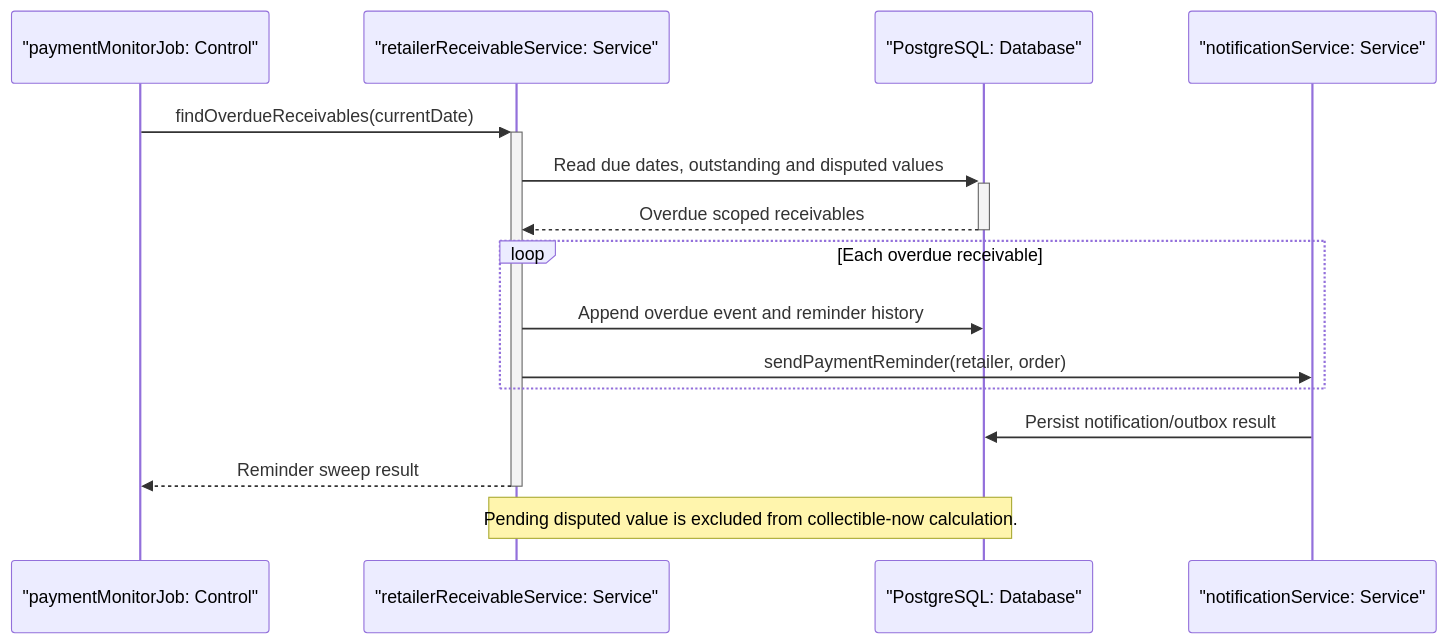
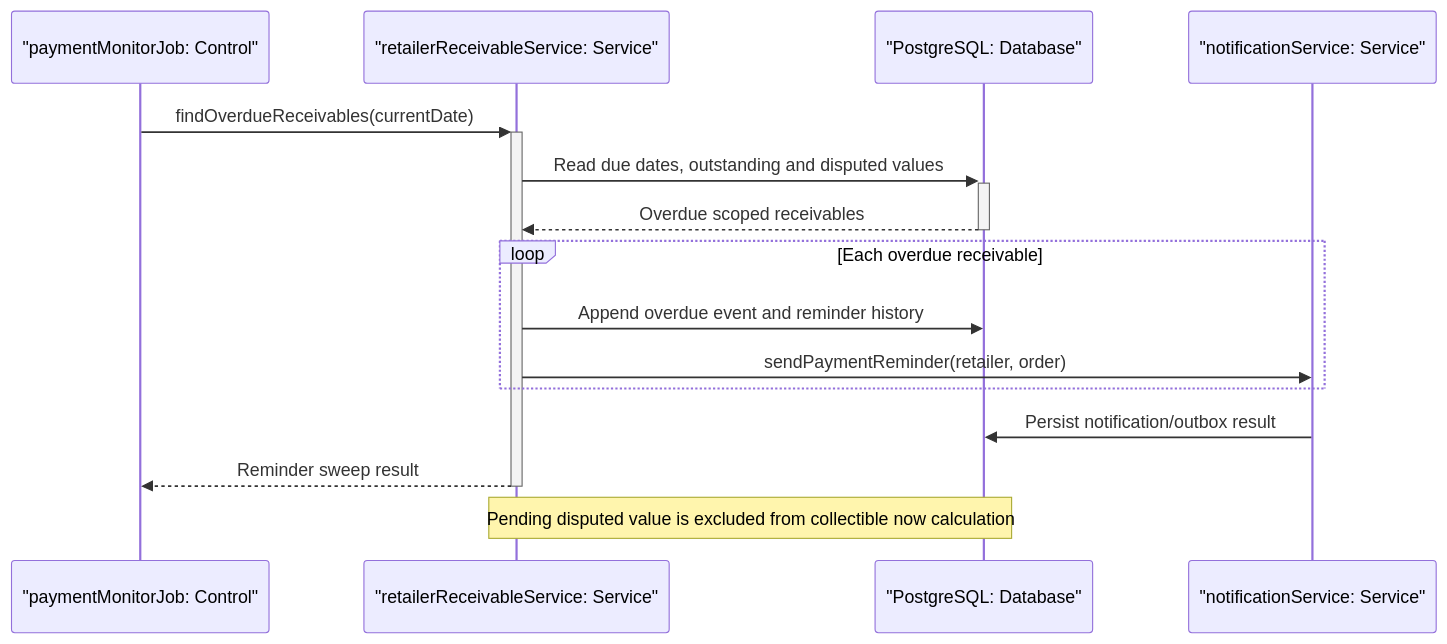
The diagram in .docs/diagrams/Sequence Diagram/Accounts Receivable & Debt Collection Sequence Diagram/3.17.4-detect-overdue-receivables-and-send-reminders.mmd (GFA26SE63/FSCM), drawn with Mermaid before and after one commit. The commit also changed other lines of this file and 25 other files, not shown here.

Commit message:
fix(diagrams): sanitize mermaid note text

```diff
--- a/.docs/diagrams/Sequence Diagram/Accounts Receivable & Debt Collection Sequence Diagram/3.17.4-detect-overdue-receivables-and-send-reminders.mmd
+++ b/.docs/diagrams/Sequence Diagram/Accounts Receivable & Debt Collection Sequence Diagram/3.17.4-detect-overdue-receivables-and-send-reminders.mmd
@@ -1,15 +1,15 @@
 sequenceDiagram
 participant Job as "paymentMonitorJob: Control"
 participant Receivable as "retailerReceivableService: Service"
 participant DB as "PostgreSQL: Database"
 participant Notify as "notificationService: Service"
 Job->>+Receivable: findOverdueReceivables(currentDate)
 Receivable->>+DB: Read due dates, outstanding and disputed values
 DB-->>-Receivable: Overdue scoped receivables
 loop Each overdue receivable
     Receivable->>DB: Append overdue event and reminder history
     Receivable->>Notify: sendPaymentReminder(retailer, order)
 end
 Notify->>DB: Persist notification/outbox result
 Receivable-->>-Job: Reminder sweep result
-Note over Receivable,DB: Pending disputed value is excluded from collectible-now calculation.
+Note over Receivable,DB: Pending disputed value is excluded from collectible now calculation
```
